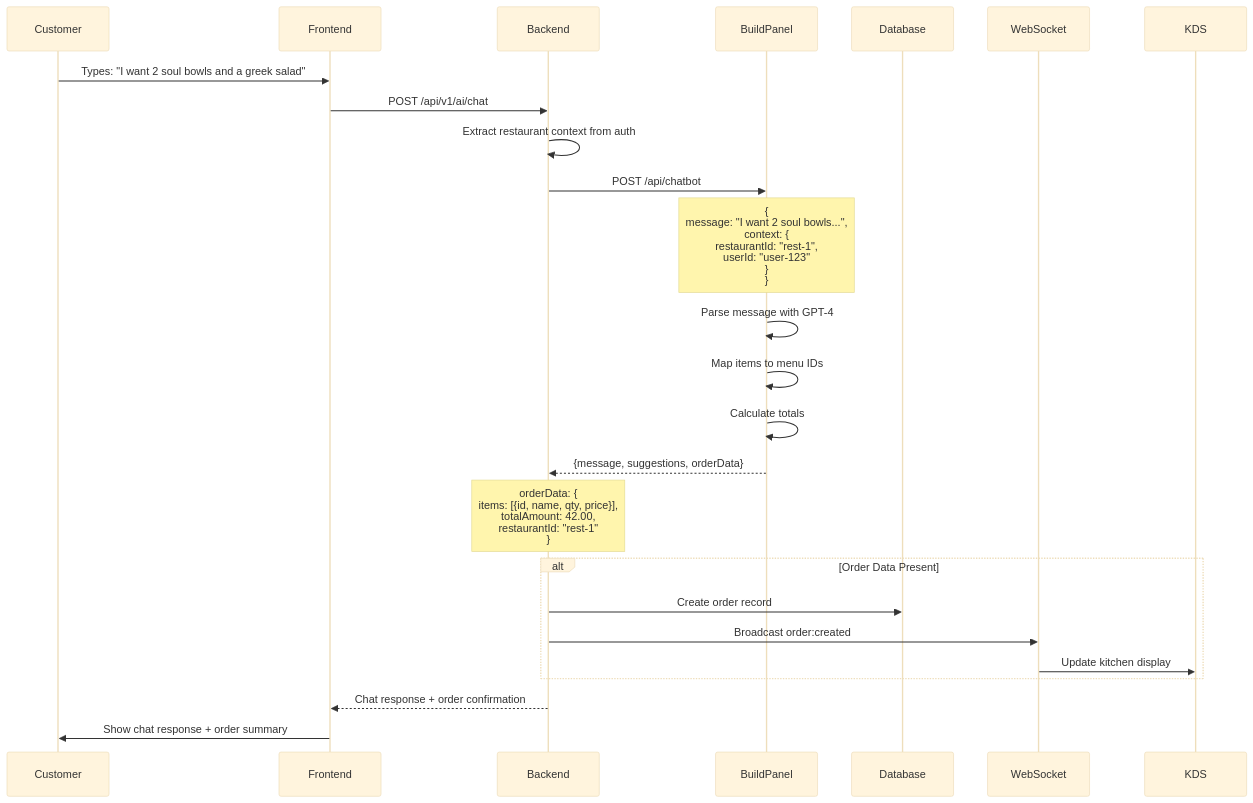
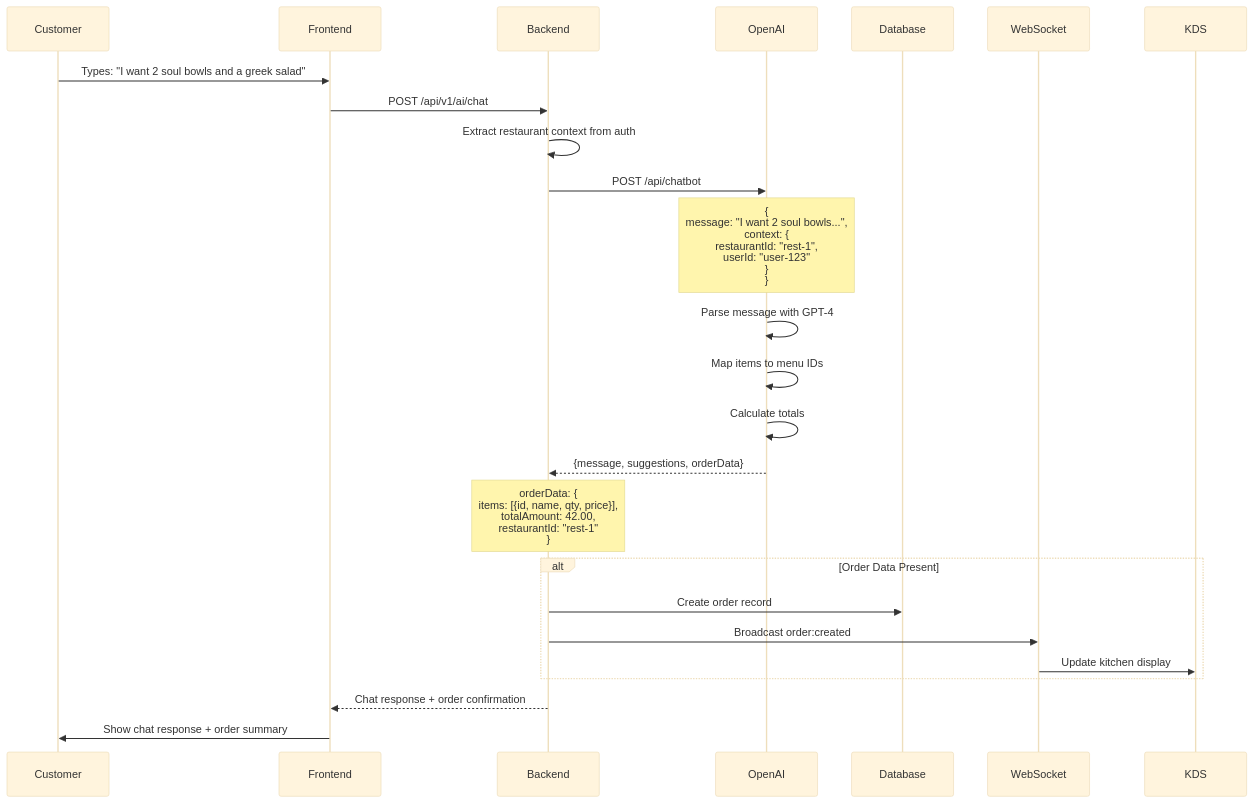
One commit to mikeyoung304/July25 changed the seventh of 8 diagrams in docs/DATA_FLOW_INTEGRATION.md. Above: the diagram before and after it, drawn with Mermaid (base theme). The commit also changed other lines of this file and 30 other files, not shown here.

Commit message:
chore: remove all BuildPanel references; replace with OpenAI; add CI guards

````diff
--- a/docs/DATA_FLOW_INTEGRATION.md
+++ b/docs/DATA_FLOW_INTEGRATION.md
@@ -590,34 +590,34 @@
 ```mermaid
 sequenceDiagram
     participant Customer
     participant Frontend
     participant Backend
-    participant BuildPanel
+    participant OpenAI
     participant Database
     participant WebSocket
     participant KDS
     
     Customer->>Frontend: Types: "I want 2 soul bowls and a greek salad"
     Frontend->>Backend: POST /api/v1/ai/chat
     Backend->>Backend: Extract restaurant context from auth
-    Backend->>BuildPanel: POST /api/chatbot
+    Backend->>OpenAI: POST /api/chatbot
     
-    Note over BuildPanel: {<br/>  message: "I want 2 soul bowls...",<br/>  context: {<br/>    restaurantId: "rest-1",<br/>    userId: "user-123"<br/>  }<br/>}
+    Note over OpenAI: {<br/>  message: "I want 2 soul bowls...",<br/>  context: {<br/>    restaurantId: "rest-1",<br/>    userId: "user-123"<br/>  }<br/>}
     
-    BuildPanel->>BuildPanel: Parse message with GPT-4
-    BuildPanel->>BuildPanel: Map items to menu IDs
-    BuildPanel->>BuildPanel: Calculate totals
+    OpenAI->>OpenAI: Parse message with GPT-4
+    OpenAI->>OpenAI: Map items to menu IDs
+    OpenAI->>OpenAI: Calculate totals
     
-    BuildPanel-->>Backend: {message, suggestions, orderData}
+    OpenAI-->>Backend: {message, suggestions, orderData}
     
     Note over Backend: orderData: {<br/>  items: [{id, name, qty, price}],<br/>  totalAmount: 42.00,<br/>  restaurantId: "rest-1"<br/>}
     
     alt Order Data Present
         Backend->>Database: Create order record
         Backend->>WebSocket: Broadcast order:created
         WebSocket->>KDS: Update kitchen display
     end
     
     Backend-->>Frontend: Chat response + order confirmation
     Frontend->>Customer: Show chat response + order summary
 ```
````
